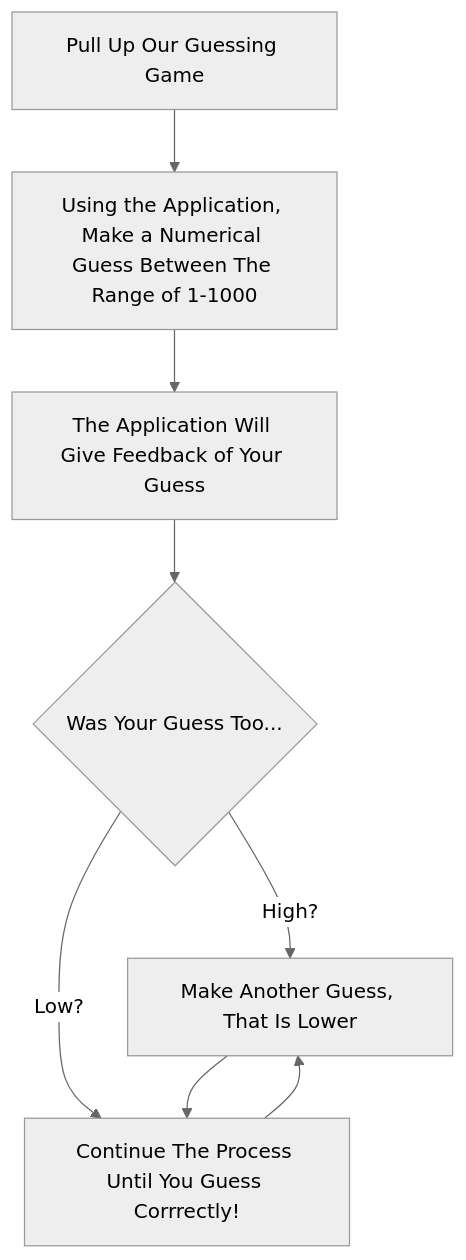
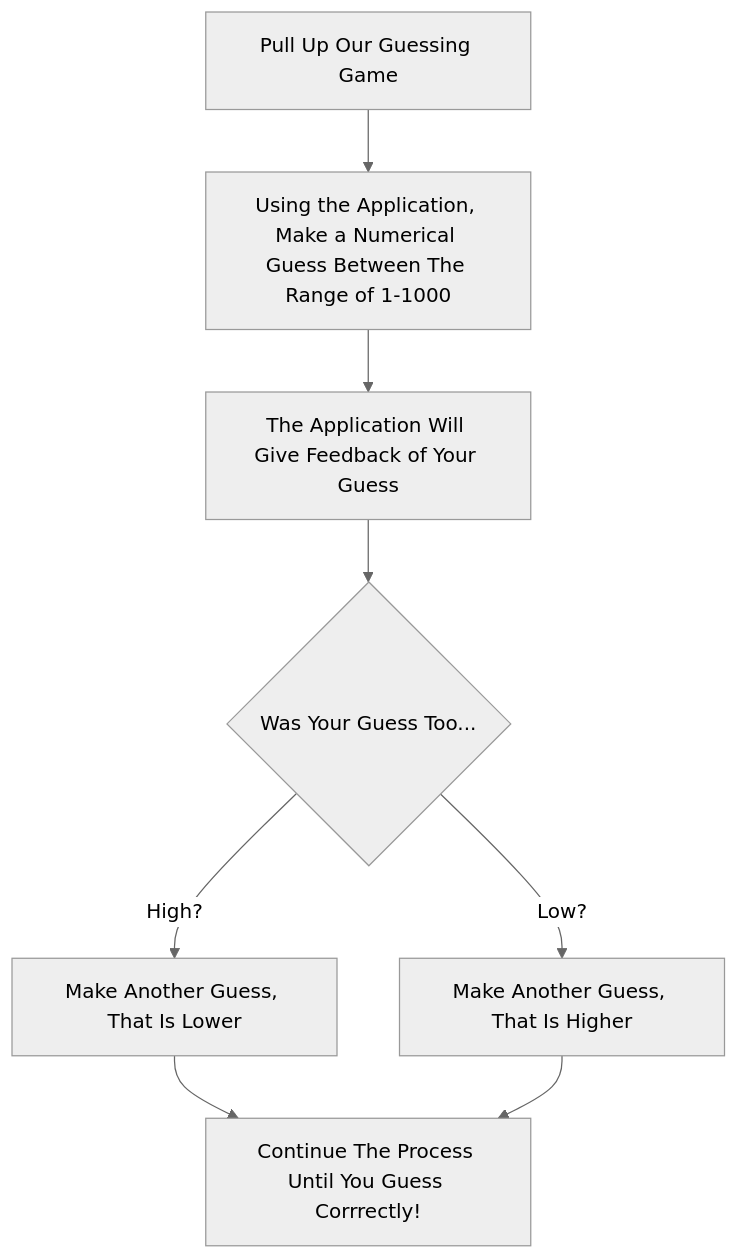
One commit to isagar930/isagar930.github.io changed the diagram in README.md. Above: the diagram before and after it, drawn with Mermaid (neutral theme).

````diff
--- a/README.md
+++ b/README.md
@@ -21,8 +21,8 @@
 ```mermaid
 flowchart TD
 A[Pull Up Our Guessing Game] --> B[Using the Application, Make a Numerical Guess Between The Range of 1-1000] --> C[The Application Will Give Feedback of Your Guess]
 --> D{Was Your Guess Too...}
-D --> |High?| E[Make Another Guess, That Is Lower]
+D --> |High?| E[Make Another Guess, That Is Lower] --> G
 D --> |Low?| F[Make Another Guess, That Is Higher] -->
-E --> F[Continue The Process Until You Guess Corrrectly!]
+G[Continue The Process Until You Guess Corrrectly!]
 ```
````
